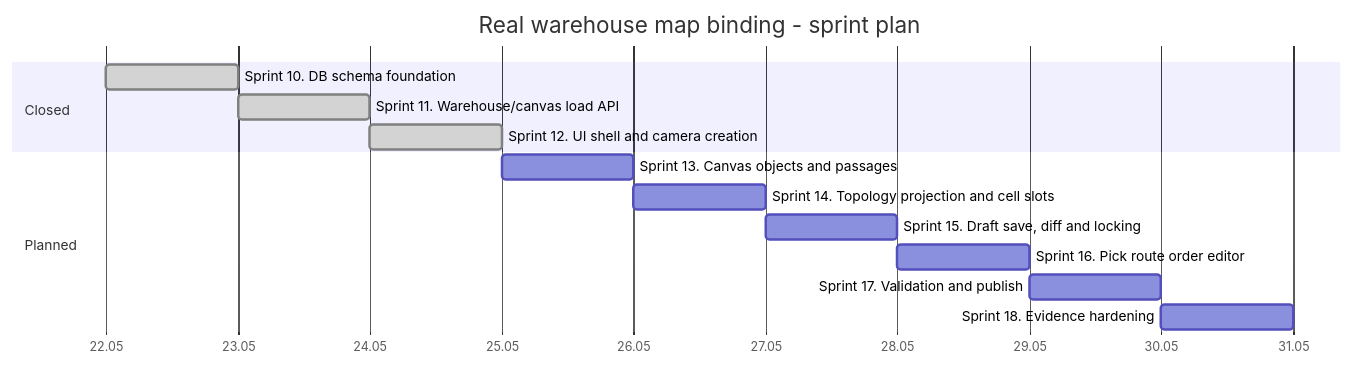
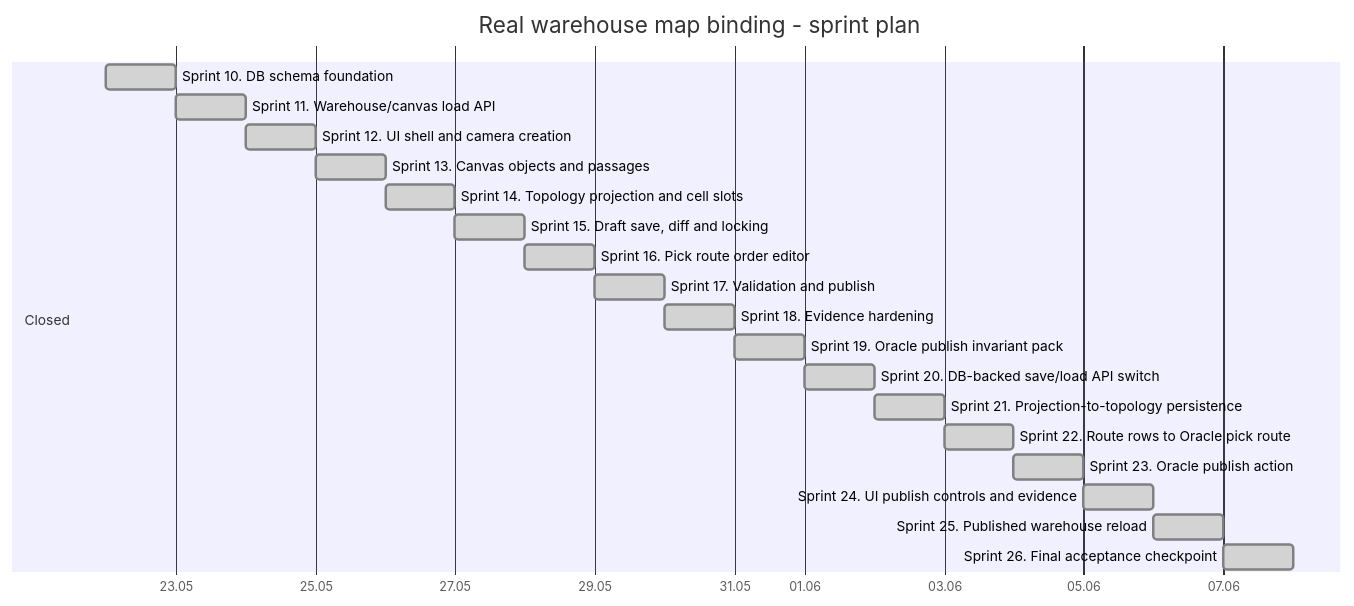
One commit to romanrav1980/WMS_TMS_RABAEV changed the diagram in wiki/requirements/large_warehouse_map_real_warehouse_binding_tz.md. Above: the diagram before and after it, drawn with Mermaid. The commit also changed other lines of this file and 22 other files, not shown here.

Commit message:
Implement warehouse map Oracle publish flow

````diff
--- a/wiki/requirements/large_warehouse_map_real_warehouse_binding_tz.md
+++ b/wiki/requirements/large_warehouse_map_real_warehouse_binding_tz.md
@@ -1247,17 +1256,24 @@
 ```mermaid
 gantt
   title Real warehouse map binding - sprint plan
   dateFormat  YYYY-MM-DD
   axisFormat  %d.%m
   section Closed
   Sprint 10. DB schema foundation               :done, s10, 2026-05-22, 1d
   Sprint 11. Warehouse/canvas load API          :done, s11, after s10, 1d
   Sprint 12. UI shell and camera creation       :done, s12, after s11, 1d
-  section Planned
-  Sprint 13. Canvas objects and passages        :s13, after s12, 1d
-  Sprint 14. Topology projection and cell slots :s14, after s13, 1d
-  Sprint 15. Draft save, diff and locking       :s15, after s14, 1d
-  Sprint 16. Pick route order editor            :s16, after s15, 1d
-  Sprint 17. Validation and publish             :s17, after s16, 1d
-  Sprint 18. Evidence hardening                 :s18, after s17, 1d
+  Sprint 13. Canvas objects and passages        :done, s13, after s12, 1d
+  Sprint 14. Topology projection and cell slots :done, s14, after s13, 1d
+  Sprint 15. Draft save, diff and locking       :done, s15, after s14, 1d
+  Sprint 16. Pick route order editor            :done, s16, after s15, 1d
+  Sprint 17. Validation and publish             :done, s17, after s16, 1d
+  Sprint 18. Evidence hardening                 :done, s18, after s17, 1d
+  Sprint 19. Oracle publish invariant pack      :done, s19, after s18, 1d
+  Sprint 20. DB-backed save/load API switch     :done, s20, after s19, 1d
+  Sprint 21. Projection-to-topology persistence :done, s21, after s20, 1d
+  Sprint 22. Route rows to Oracle pick route    :done, s22, after s21, 1d
+  Sprint 23. Oracle publish action              :done, s23, after s22, 1d
+  Sprint 24. UI publish controls and evidence   :done, s24, after s23, 1d
+  Sprint 25. Published warehouse reload          :done, s25, after s24, 1d
+  Sprint 26. Final acceptance checkpoint         :done, s26, after s25, 1d
 ```
````
